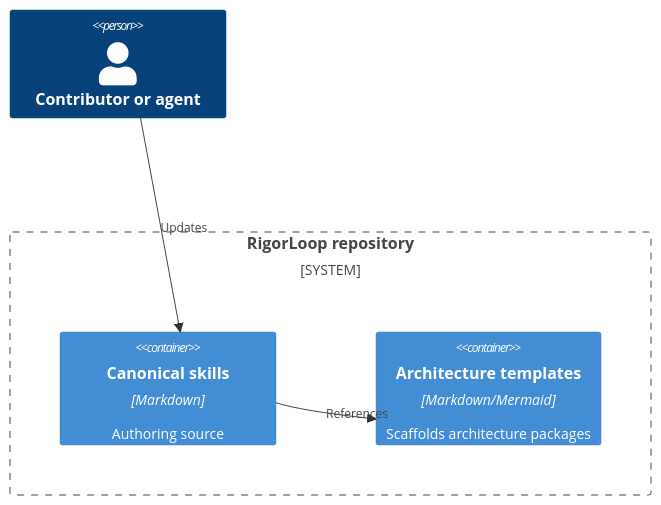
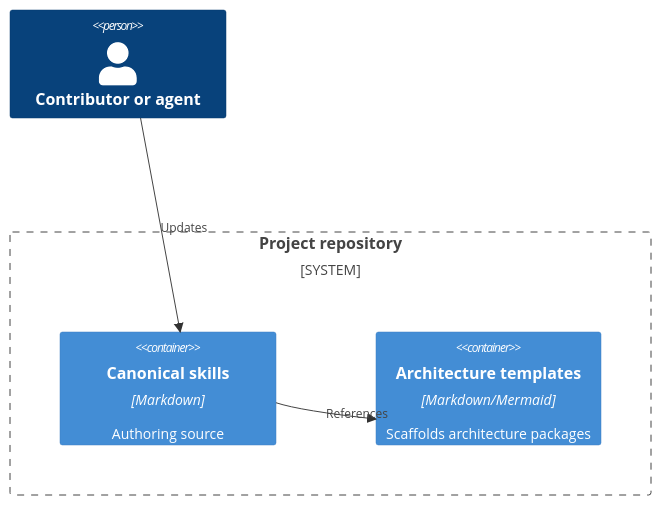
The second of 2 diagrams in skills/architecture/SKILL.md (xiongxianfei/rigorloop), drawn with Mermaid before and after one commit. The commit also changed other lines of this file and 2 other files, not shown here.

````diff
--- a/skills/architecture/SKILL.md
+++ b/skills/architecture/SKILL.md
@@ -100,10 +112,10 @@
 ```mermaid
 C4Container
   Person(contributor, "Contributor or agent")
-  System_Boundary(repo, "RigorLoop repository") {
+  System_Boundary(repo, "Project repository") {
     Container(skills, "Canonical skills", "Markdown", "Authoring source")
     Container(templates, "Architecture templates", "Markdown/Mermaid", "Scaffolds architecture packages")
   }
   Rel(contributor, skills, "Updates")
   Rel(skills, templates, "References")
 ```
````
